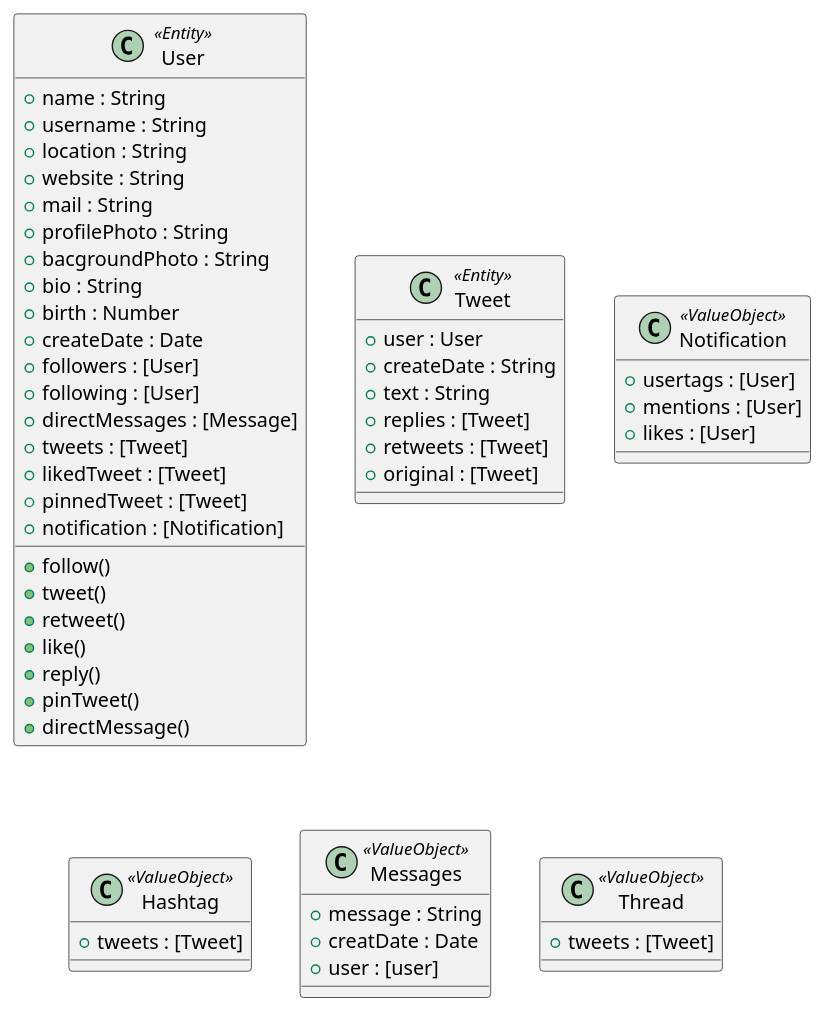
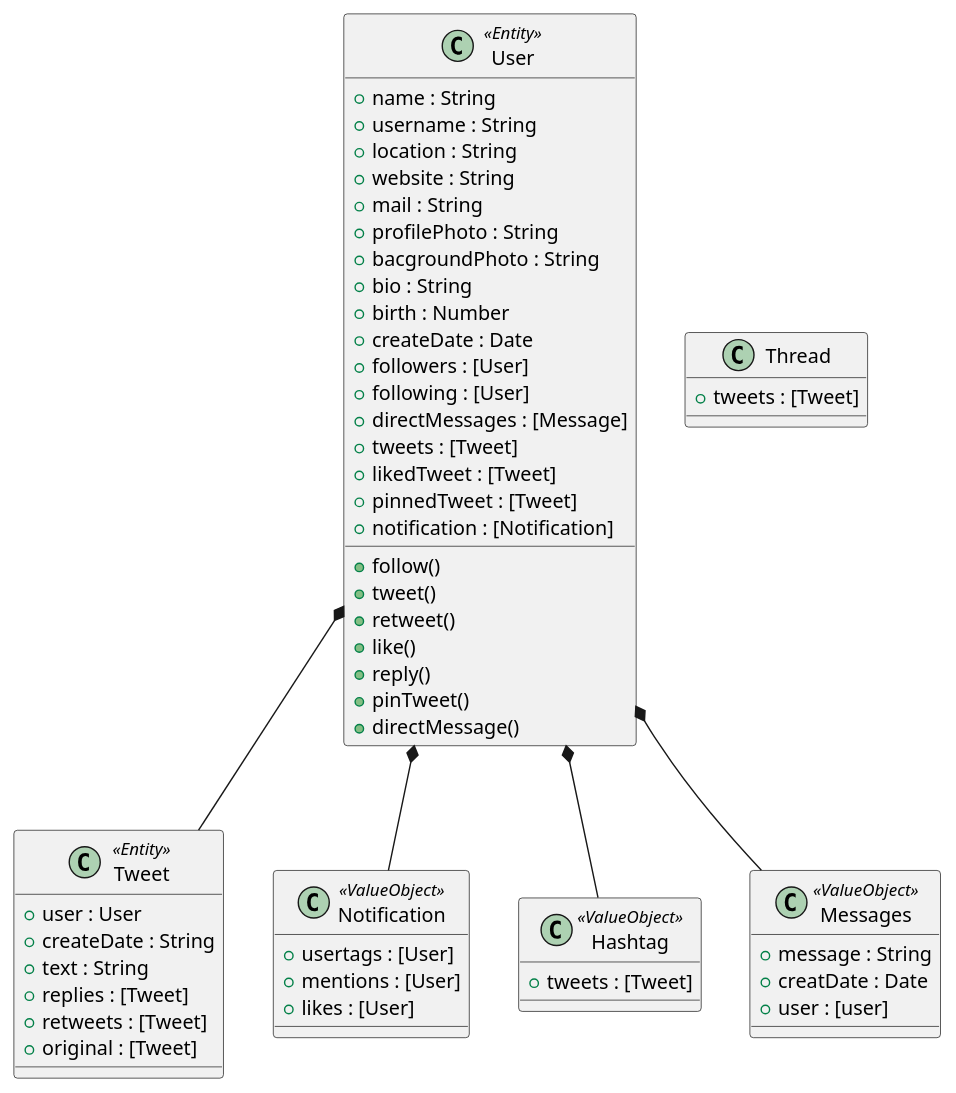
Before and after one commit to veyselusta/twitter: the diagram in class-diagram.puml, drawn with PlantUML.

Commit message:
Define relations between entities

```diff
--- a/class-diagram.puml
+++ b/class-diagram.puml
@@ -1,63 +1,65 @@
 @startuml "Class Diagram"
 
 class User <<Entity>> {
   + name : String
   + username : String
   + location : String
   + website : String
   + mail : String
   + profilePhoto : String
   + bacgroundPhoto : String
   + bio : String
   + birth : Number
   + createDate : Date
   + followers : [User]
   + following : [User]
   + directMessages : [Message]
   + tweets : [Tweet]
   + likedTweet : [Tweet]
   + pinnedTweet : [Tweet]
   + notification : [Notification]
 
   + follow()
   + tweet()
   + retweet()
   + like()
   + reply()
   + pinTweet()
   + directMessage()
 }
 
 class Tweet <<Entity>> {
   + user : User
   + createDate : String
   + text : String
   + replies : [Tweet]
   + retweets : [Tweet]
   + original : [Tweet]
 }
 
 Class Notification <<ValueObject>>  {
   + usertags : [User]
   + mentions : [User]
   + likes : [User]
 }
 
 class Hashtag <<ValueObject>> {
   + tweets : [Tweet]
 }
 
 class Messages <<ValueObject>> {
   + message : String
   + creatDate : Date
   + user : [user]
 }
 
-class Thread <<ValueObject>> {
+class Thread  {
   + tweets : [Tweet]
 }
 
-
-
+User *-- Tweet
+User *-- Notification
+User *-- Hashtag
+User *-- Messages
 
 @enduml
```
